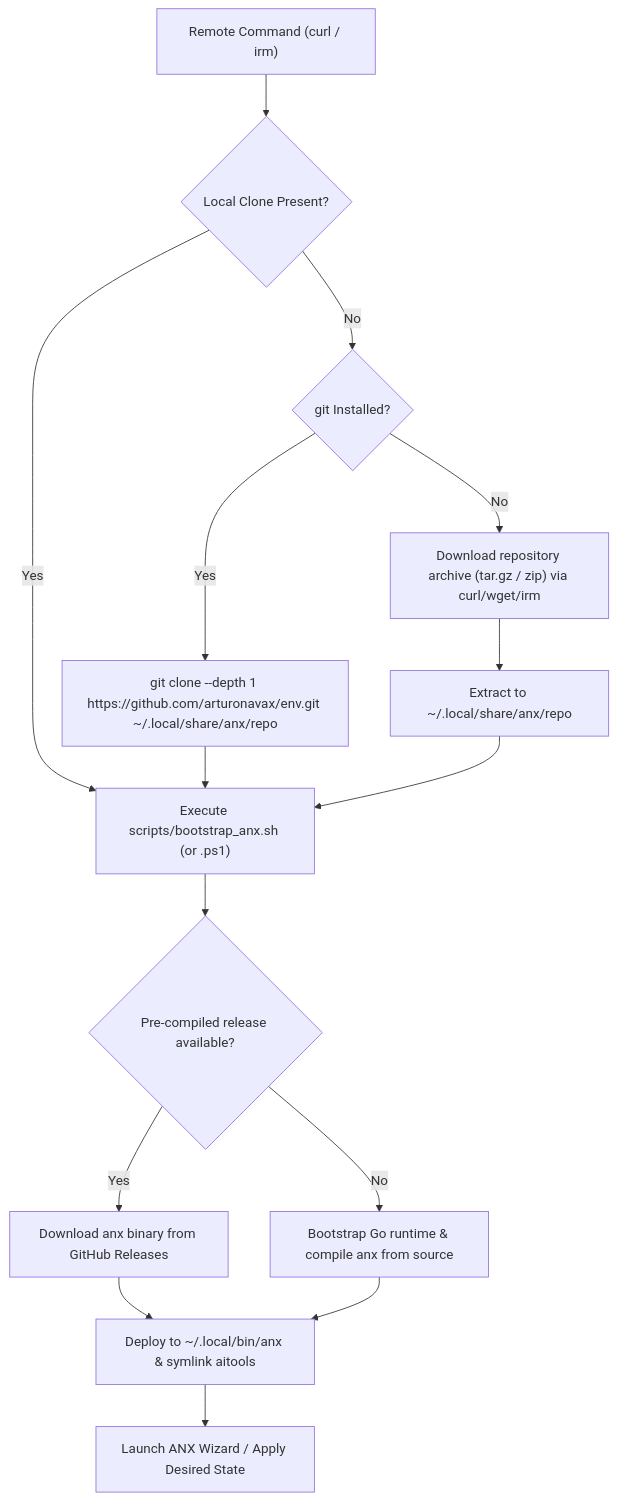
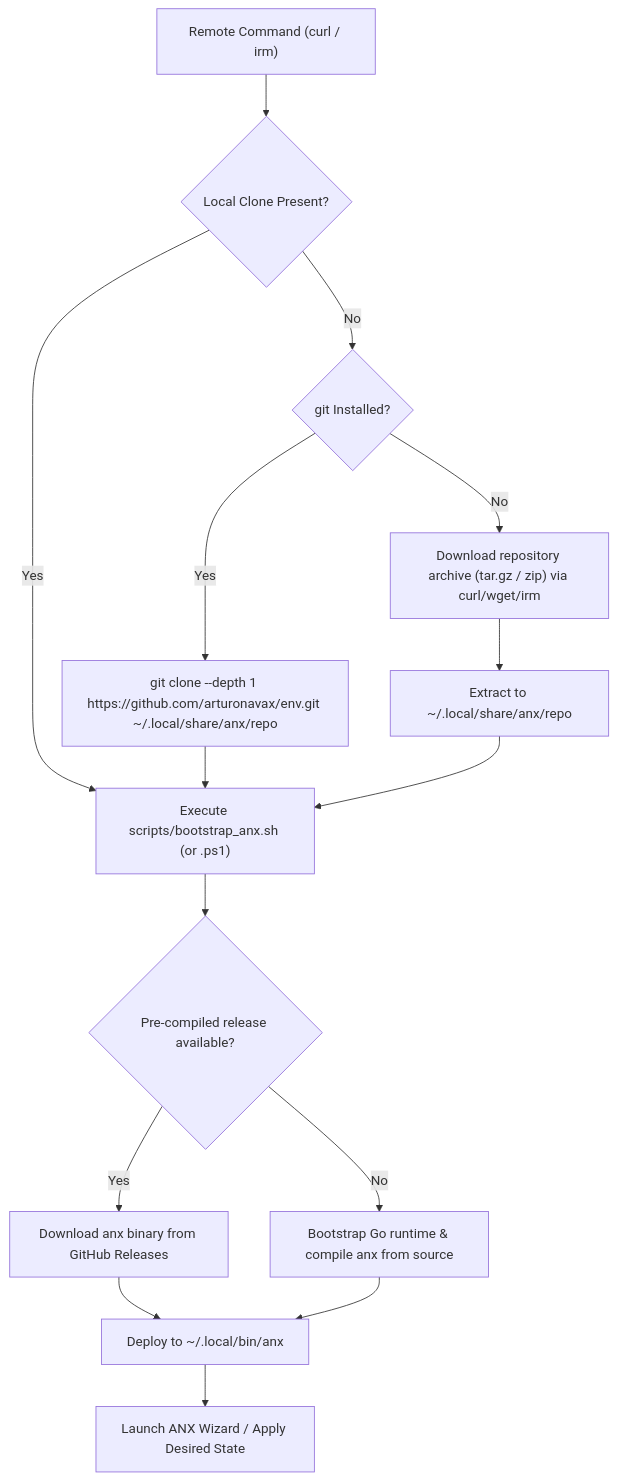
One commit to arturonavax/env changed the diagram in docs/remote_install.md. Above: the diagram before and after it, drawn with Mermaid. The commit also changed 138 other files, not shown here.

````diff
--- a/docs/remote_install.md
+++ b/docs/remote_install.md
@@ -79,17 +79,17 @@
 ```mermaid
 flowchart TD
     A["Remote Command (curl / irm)"] --> B{"Local Clone Present?"}
     B -- Yes --> C["Execute scripts/bootstrap_anx.sh (or .ps1)"]
     B -- No --> D{"git Installed?"}
     D -- Yes --> E["git clone --depth 1 https://github.com/arturonavax/env.git ~/.local/share/anx/repo"]
     D -- No --> F["Download repository archive (tar.gz / zip) via curl/wget/irm"]
     F --> G["Extract to ~/.local/share/anx/repo"]
     E --> C
     G --> C
     C --> H{"Pre-compiled release available?"}
     H -- Yes --> I["Download anx binary from GitHub Releases"]
     H -- No --> J["Bootstrap Go runtime & compile anx from source"]
-    I --> K["Deploy to ~/.local/bin/anx & symlink aitools"]
+    I --> K["Deploy to ~/.local/bin/anx"]
     J --> K
     K --> L["Launch ANX Wizard / Apply Desired State"]
 ```
````
